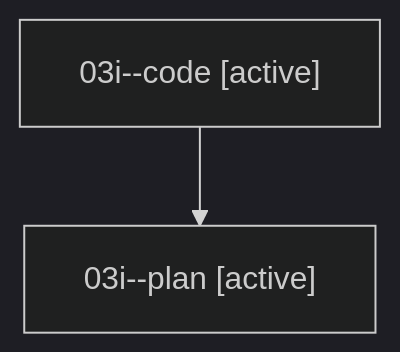
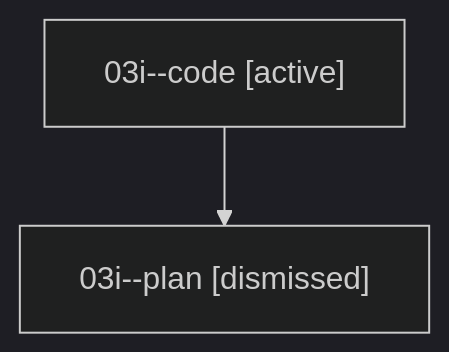
Before and after one commit to sase-org/sase--agents: the diagram in families/bbugyi200.athena.03i.md, drawn with Mermaid (dark theme). The commit also changed other lines of this file and 179 other files, not shown here.

````diff
--- a/families/bbugyi200.athena.03i.md
+++ b/families/bbugyi200.athena.03i.md
@@ -9,6 +9,6 @@
 ```mermaid
 flowchart TD
   n0["03i--code [active]"]
-  n1["03i--plan [active]"]
+  n1["03i--plan [dismissed]"]
   n0 --> n1
 ```
````
